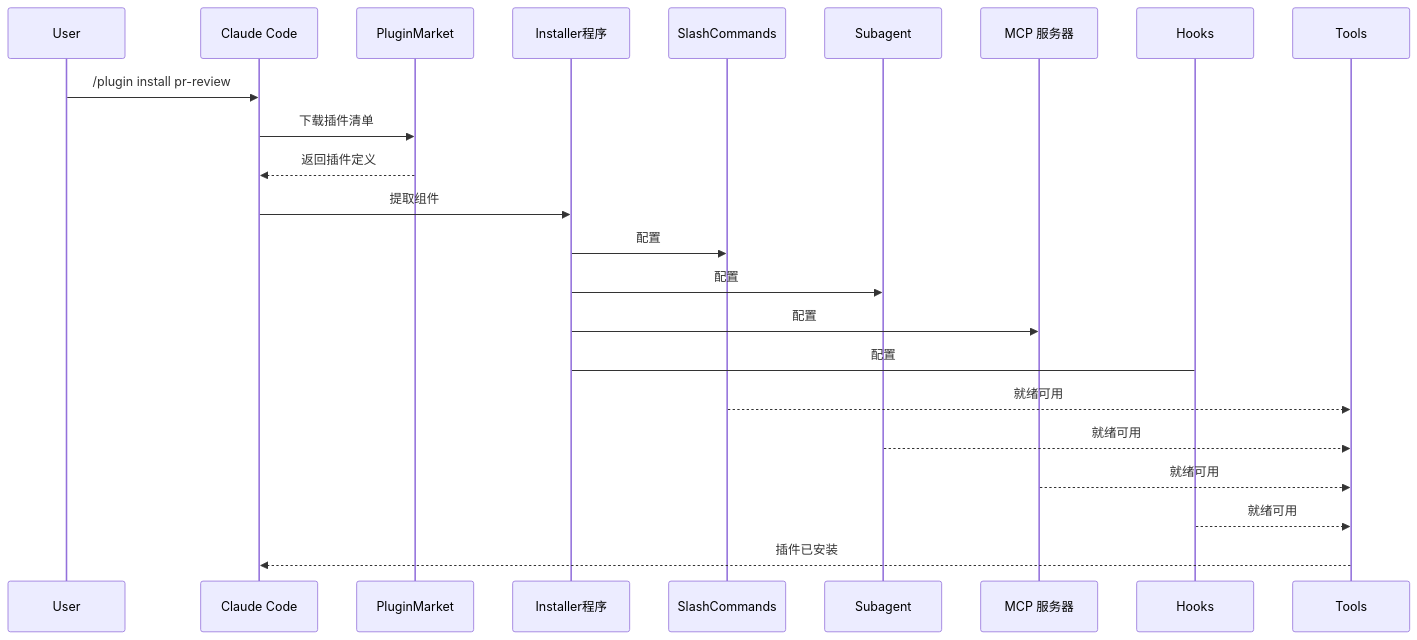
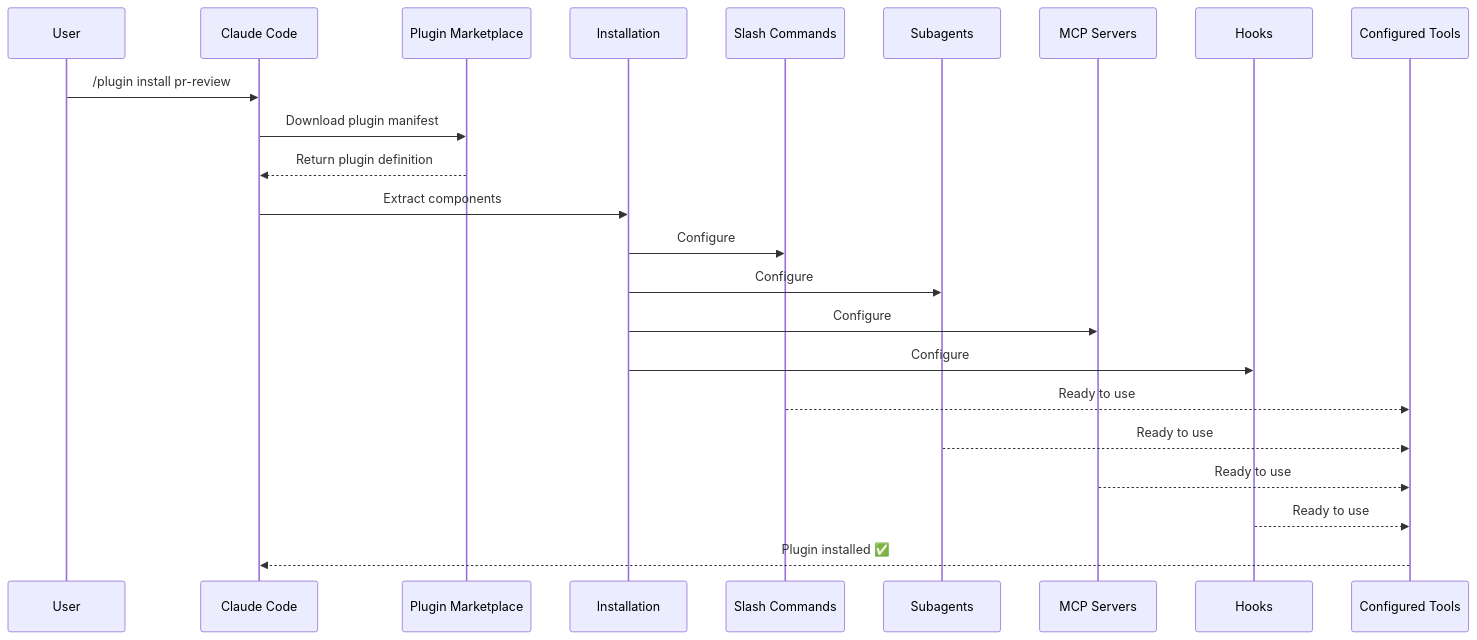
The second of 5 diagrams in claude-howto-zh/07-plugins/README.md (Rx782-Fss/claude-howto-zh), drawn with Mermaid before and after one commit. The commit also changed other lines of this file and 91 other files, not shown here.

````diff
--- a/claude-howto-zh/07-plugins/README.md
+++ b/claude-howto-zh/07-plugins/README.md
@@ -34,26 +34,26 @@
 ```mermaid
 sequenceDiagram
-    participant User as User
+    participant User
     participant Claude as Claude Code
-    participant Plugin as PluginMarket
-    participant Install as Installer程序
-    participant SlashCmds as SlashCommands
-    participant Subagents as Subagent
-    participant MCPServers as MCP 服务器
-    participant Hooks as Hooks
-    participant Tools as Tools
+    participant Plugin as Plugin Marketplace
+    participant Install as Installation
+    participant SlashCmds as Slash Commands
+    participant Subagents
+    participant MCPServers as MCP Servers
+    participant Hooks
+    participant Tools as Configured Tools
 
     User->>Claude: /plugin install pr-review
-    Claude->>Plugin: 下载插件清单
-    Plugin-->>Claude: 返回插件定义
-    Claude->>Install: 提取组件
-    Install->>SlashCmds: 配置
-    Install->>Subagents: 配置
-    Install->>MCPServers: 配置
-    Install->Hooks: 配置
-    SlashCmds-->>Tools: 就绪可用
-    Subagents-->>Tools: 就绪可用
-    MCPServers-->>Tools: 就绪可用
-    Hooks-->>Tools: 就绪可用
-    Tools-->>Claude: 插件已安装 
+    Claude->>Plugin: Download plugin manifest
+    Plugin-->>Claude: Return plugin definition
+    Claude->>Install: Extract components
+    Install->>SlashCmds: Configure
+    Install->>Subagents: Configure
+    Install->>MCPServers: Configure
+    Install->>Hooks: Configure
+    SlashCmds-->>Tools: Ready to use
+    Subagents-->>Tools: Ready to use
+    MCPServers-->>Tools: Ready to use
+    Hooks-->>Tools: Ready to use
+    Tools-->>Claude: Plugin installed ✅
 ```
````
